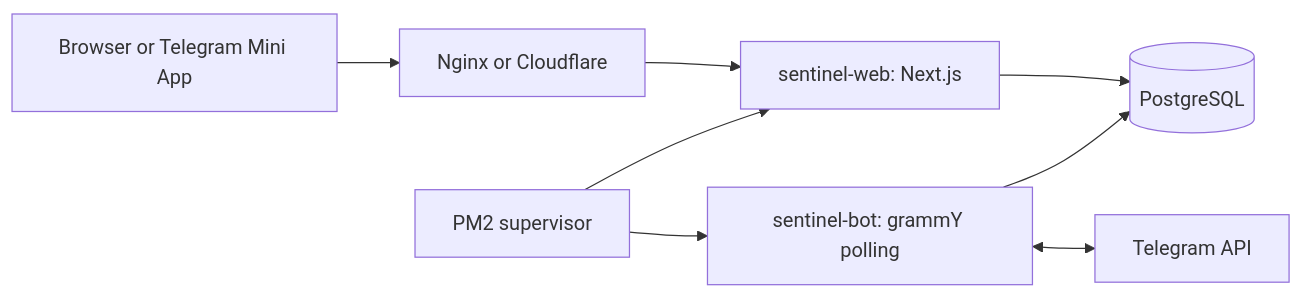
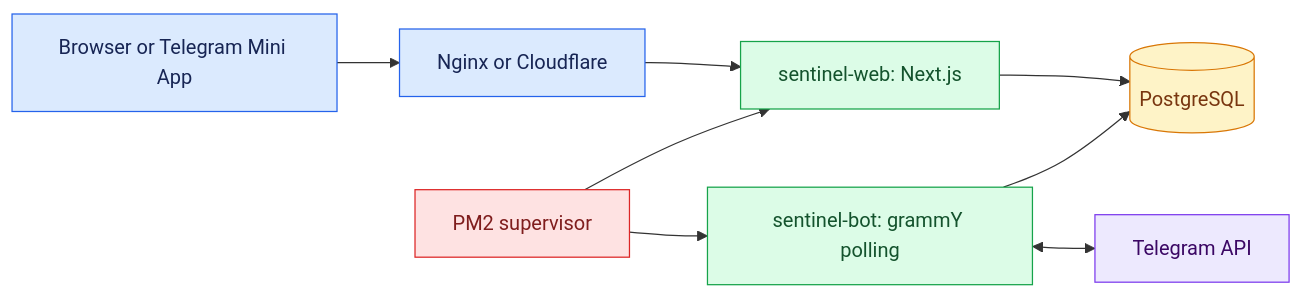
Before and after one commit to zxcvresque/Pzp-Sentinel: the seventh of 7 diagrams in README.md, drawn with Mermaid. The commit also changed other lines of this file and 26 other files, not shown here.

````diff
--- a/README.md
+++ b/README.md
@@ -636,10 +706,21 @@
 ```mermaid
 flowchart LR
     USER[Browser or Telegram Mini App] --> PROXY[Nginx or Cloudflare]
     PROXY --> WEB[sentinel-web: Next.js]
     WEB --> DB[(PostgreSQL)]
     BOT[sentinel-bot: grammY polling] <--> TG[Telegram API]
     BOT --> DB
     PM2[PM2 supervisor] --> WEB
     PM2 --> BOT
+
+    classDef edge fill:#dbeafe,stroke:#2563eb,color:#172554
+    classDef runtime fill:#dcfce7,stroke:#16a34a,color:#14532d
+    classDef data fill:#fef3c7,stroke:#d97706,color:#78350f
+    classDef external fill:#ede9fe,stroke:#7c3aed,color:#3b0764
+    classDef operations fill:#fee2e2,stroke:#dc2626,color:#7f1d1d
+    class USER,PROXY edge
+    class WEB,BOT runtime
+    class DB data
+    class TG external
+    class PM2 operations
 ```
````
